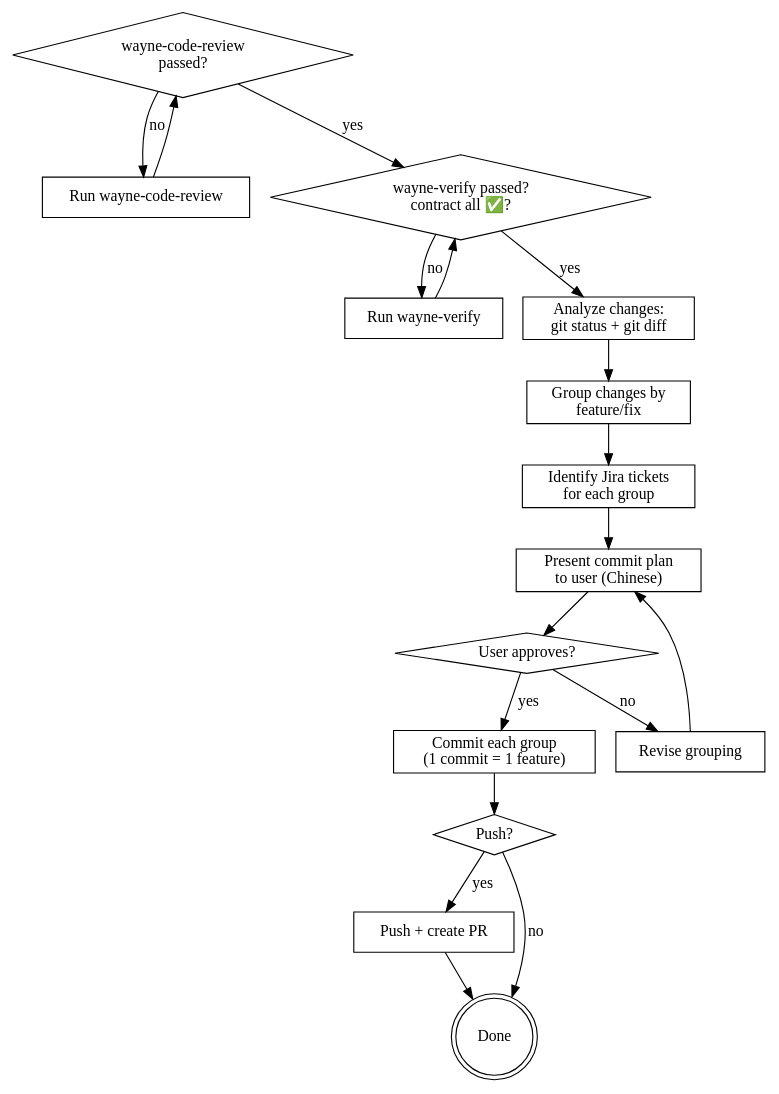
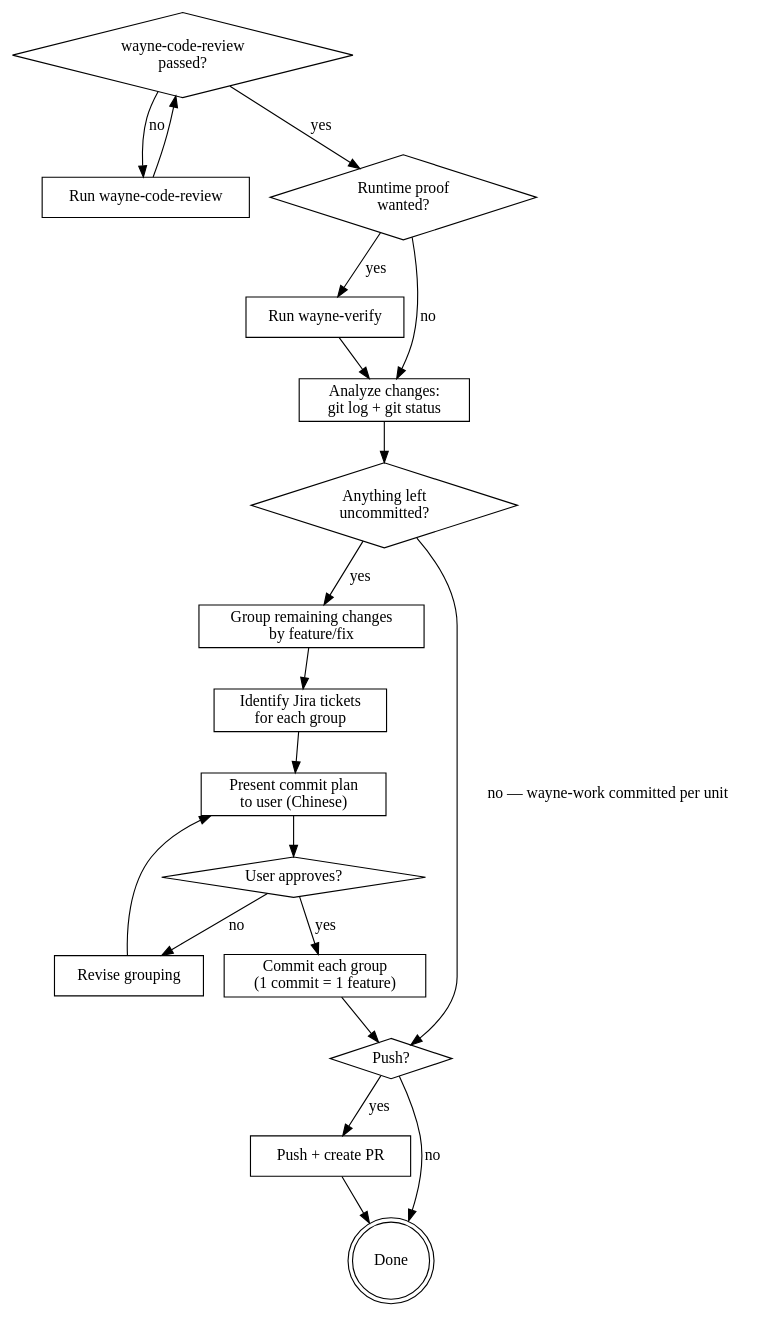
The diagram in wayne-ship/SKILL.md (waynejing995/wayne-taste), drawn with Graphviz before and after one commit. The commit also changed other lines of this file and 10 other files, not shown here.

````diff
--- a/wayne-ship/SKILL.md
+++ b/wayne-ship/SKILL.md
@@ -33,38 +33,41 @@
 ```dot
 digraph ship {
     rankdir=TB;
 
     "wayne-code-review\npassed?" [shape=diamond];
     "Run wayne-code-review" [shape=box];
-    "wayne-verify passed?\ncontract all ✅?" [shape=diamond];
+    "Runtime proof\nwanted?" [shape=diamond];
     "Run wayne-verify" [shape=box];
-    "Analyze changes:\ngit status + git diff" [shape=box];
-    "Group changes by\nfeature/fix" [shape=box];
+    "Analyze changes:\ngit log + git status" [shape=box];
+    "Anything left\nuncommitted?" [shape=diamond];
+    "Group remaining changes\nby feature/fix" [shape=box];
     "Identify Jira tickets\nfor each group" [shape=box];
     "Present commit plan\nto user (Chinese)" [shape=box];
     "User approves?" [shape=diamond];
     "Revise grouping" [shape=box];
     "Commit each group\n(1 commit = 1 feature)" [shape=box];
     "Push?" [shape=diamond];
     "Push + create PR" [shape=box];
     "Done" [shape=doublecircle];
 
     "wayne-code-review\npassed?" -> "Run wayne-code-review" [label="no"];
-    "wayne-code-review\npassed?" -> "wayne-verify passed?\ncontract all ✅?" [label="yes"];
+    "wayne-code-review\npassed?" -> "Runtime proof\nwanted?" [label="yes"];
     "Run wayne-code-review" -> "wayne-code-review\npassed?";
-    "wayne-verify passed?\ncontract all ✅?" -> "Run wayne-verify" [label="no"];
-    "wayne-verify passed?\ncontract all ✅?" -> "Analyze changes:\ngit status + git diff" [label="yes"];
-    "Run wayne-verify" -> "wayne-verify passed?\ncontract all ✅?";
-    "Analyze changes:\ngit status + git diff" -> "Group changes by\nfeature/fix";
-    "Group changes by\nfeature/fix" -> "Identify Jira tickets\nfor each group";
+    "Runtime proof\nwanted?" -> "Run wayne-verify" [label="yes"];
+    "Runtime proof\nwanted?" -> "Analyze changes:\ngit log + git status" [label="no"];
+    "Run wayne-verify" -> "Analyze changes:\ngit log + git status";
+    "Analyze changes:\ngit log + git status" -> "Anything left\nuncommitted?";
+    "Anything left\nuncommitted?" -> "Push?" [label="no — wayne-work committed per unit"];
+    "Anything left\nuncommitted?" -> "Group remaining changes\nby feature/fix" [label="yes"];
+    "Group remaining changes\nby feature/fix" -> "Identify Jira tickets\nfor each group";
     "Identify Jira tickets\nfor each group" -> "Present commit plan\nto user (Chinese)";
     "Present commit plan\nto user (Chinese)" -> "User approves?";
     "User approves?" -> "Commit each group\n(1 commit = 1 feature)" [label="yes"];
     "User approves?" -> "Revise grouping" [label="no"];
     "Revise grouping" -> "Present commit plan\nto user (Chinese)";
     "Commit each group\n(1 commit = 1 feature)" -> "Push?";
     "Push?" -> "Push + create PR" [label="yes"];
     "Push?" -> "Done" [label="no"];
     "Push + create PR" -> "Done";
 }
 ```
````
